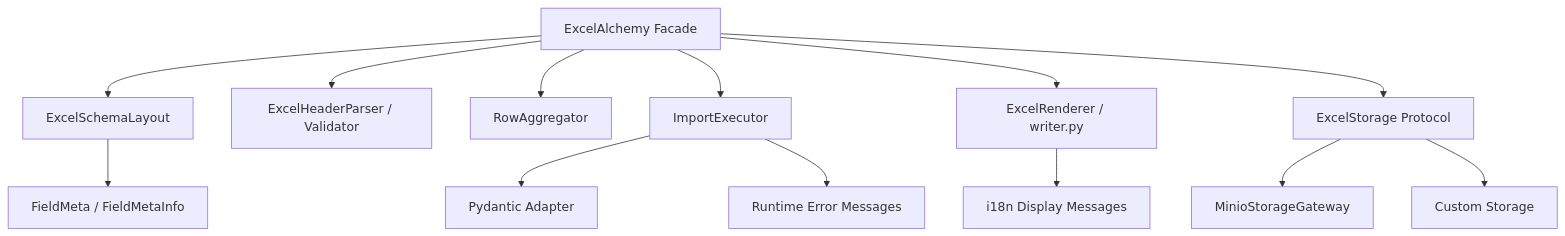
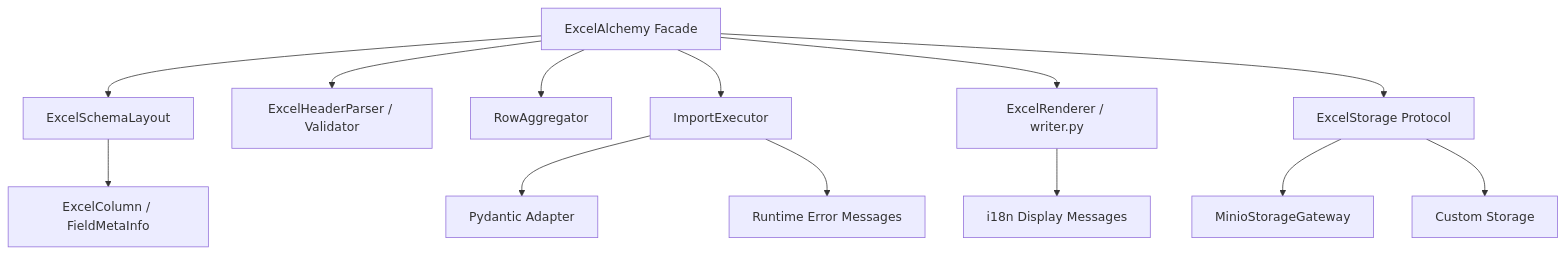
One commit to RayCarterLab/ExcelAlchemy changed the first of 2 diagrams in README.md. Above: the diagram before and after it, drawn with Mermaid. The commit also changed other lines of this file and 205 other files, not shown here.

````diff
--- a/README.md
+++ b/README.md
@@ -350,18 +356,18 @@
 ```mermaid
 flowchart TD
     A[ExcelAlchemy Facade]
     A --> B[ExcelSchemaLayout]
     A --> C[ExcelHeaderParser / Validator]
     A --> D[RowAggregator]
     A --> E[ImportExecutor]
     A --> F[ExcelRenderer / writer.py]
     A --> G[ExcelStorage Protocol]
 
     G --> H[MinioStorageGateway]
     G --> I[Custom Storage]
 
-    B --> J[FieldMeta / FieldMetaInfo]
+    B --> J[ExcelColumn / FieldMetaInfo]
     E --> K[Pydantic Adapter]
     F --> L[i18n Display Messages]
     E --> M[Runtime Error Messages]
 ```
````
